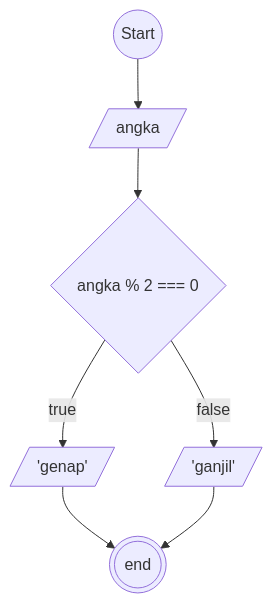
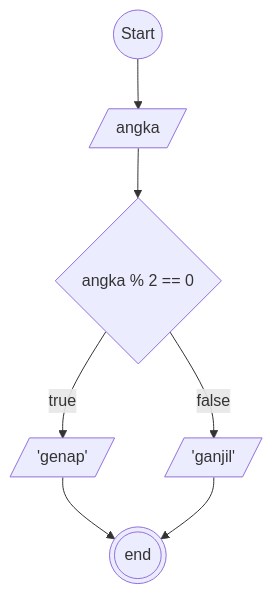
One commit to fatawaimamalmuftin/koda-b8-Algoritma changed the diagram in ganjilGenap.md. Above: the diagram before and after it, drawn with Mermaid.

Commit message:
Algoritma type penulisan : Flowchart
Case: Membuat algoritma menentukan bilangan ganjil atau genap

````diff
--- a/ganjilGenap.md
+++ b/ganjilGenap.md
@@ -15,19 +15,19 @@
 ```mermaid
 flowchart TD
 
 mulai@{shape: circle, label: "Start"}
 angka@{ shape: lean-r, label: "angka" }
-modulus@{ shape: diamond, label: "angka % 2 === 0" }
+modulus@{ shape: diamond, label: "angka % 2 == 0" }
 hasilGn@{ shape: lean-r, label: "'genap'" }
 hasilGj@{ shape: lean-r, label: "'ganjil'" }
 selesai@{shape: doublecircle, label: "end"}
 
 mulai-->
 angka-->
 modulus--true-->hasilGn
 modulus--false-->hasilGj
 hasilGn-->selesai
 hasilGj-->selesai
 
 
 ```
````
